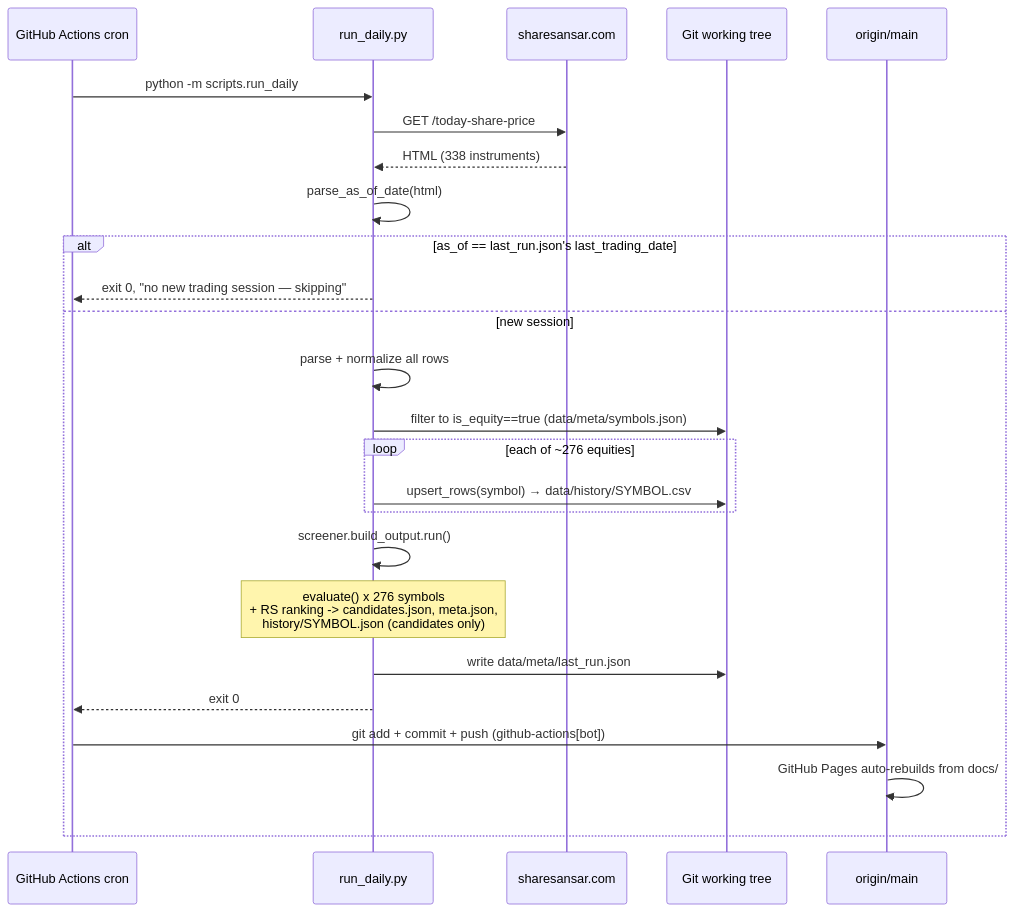
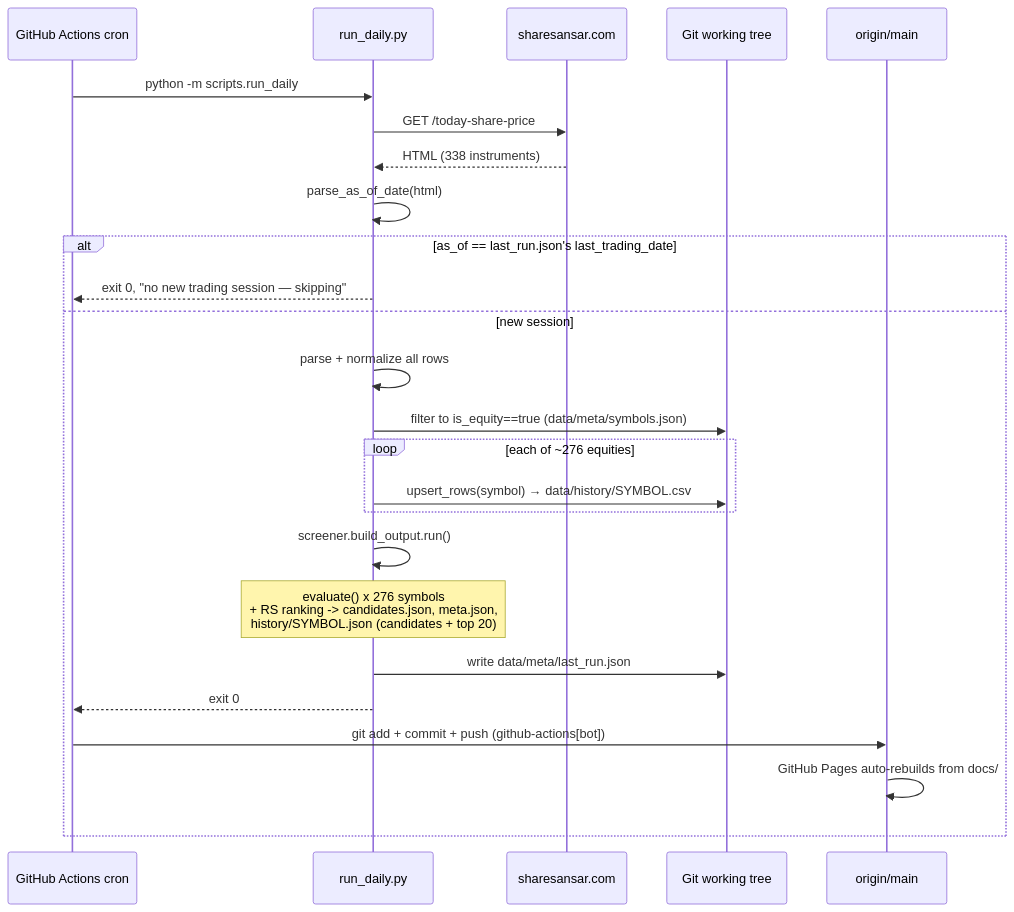
One commit to Sujangyawali/nepse-stage2-screener changed the second of 2 diagrams in TECHNICAL_DESIGN.md. Above: the diagram before and after it, drawn with Mermaid. The commit also changed other lines of this file and 320 other files, not shown here.

First line of the commit message:
Add Market Activity tab, stock ranking and top-20 charts

````diff
--- a/TECHNICAL_DESIGN.md
+++ b/TECHNICAL_DESIGN.md
@@ -111,28 +111,28 @@
 ```mermaid
 sequenceDiagram
     participant Cron as GitHub Actions cron
     participant Runner as run_daily.py
     participant SS as sharesansar.com
     participant FS as Git working tree
     participant Git as origin/main
 
     Cron->>Runner: python -m scripts.run_daily
     Runner->>SS: GET /today-share-price
     SS-->>Runner: HTML (338 instruments)
     Runner->>Runner: parse_as_of_date(html)
     alt as_of == last_run.json's last_trading_date
         Runner-->>Cron: exit 0, "no new trading session — skipping"
     else new session
         Runner->>Runner: parse + normalize all rows
         Runner->>FS: filter to is_equity==true (data/meta/symbols.json)
         loop each of ~276 equities
             Runner->>FS: upsert_rows(symbol) → data/history/SYMBOL.csv
         end
         Runner->>Runner: screener.build_output.run()
-        Note over Runner: evaluate() x 276 symbols<br/>+ RS ranking -> candidates.json, meta.json,<br/>history/SYMBOL.json (candidates only)
+        Note over Runner: evaluate() x 276 symbols<br/>+ RS ranking -> candidates.json, meta.json,<br/>history/SYMBOL.json (candidates + top 20)
         Runner->>FS: write data/meta/last_run.json
         Runner-->>Cron: exit 0
         Cron->>Git: git add + commit + push (github-actions[bot])
         Git->>Git: GitHub Pages auto-rebuilds from docs/
     end
 ```
````
